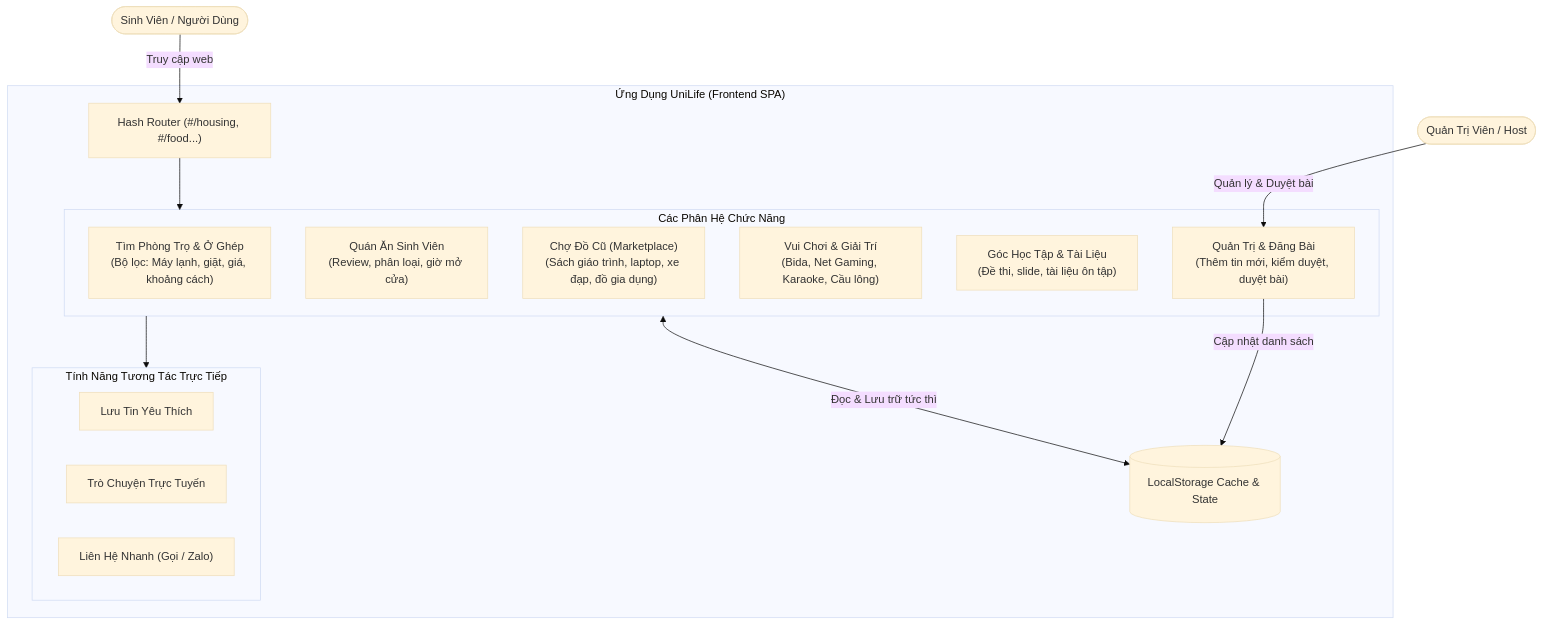
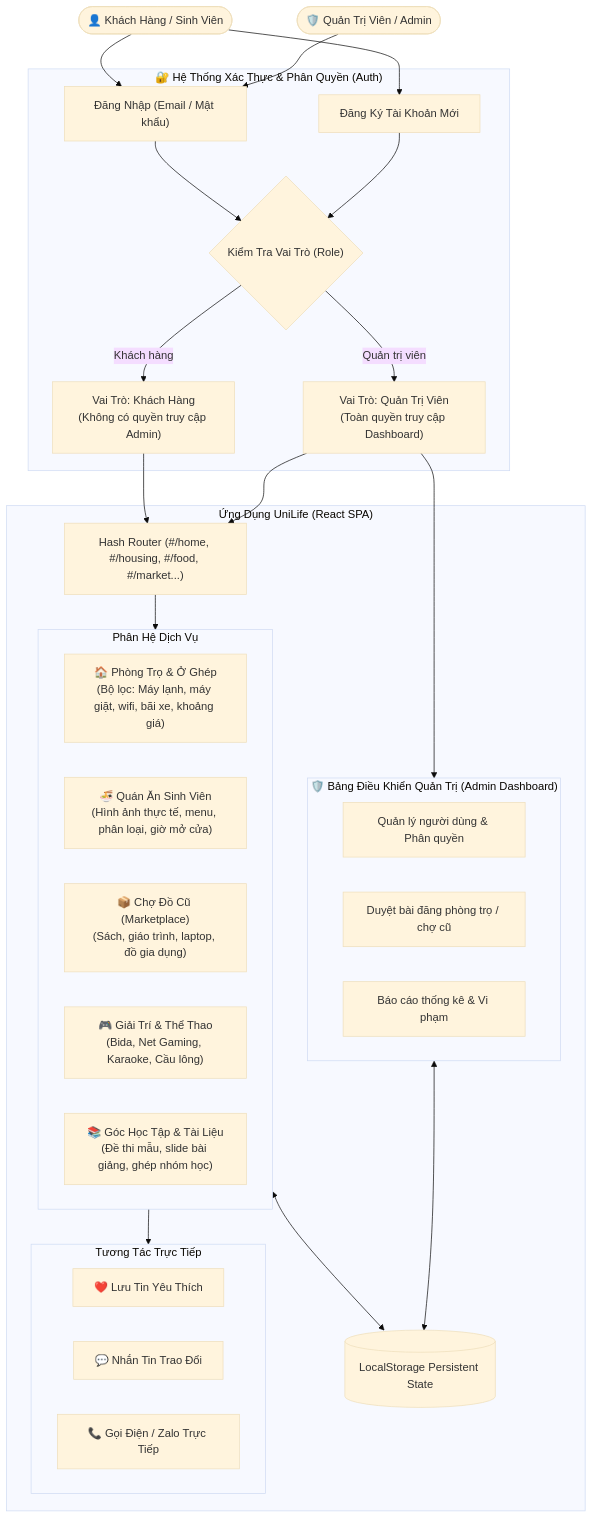
One commit to bin0106/PHANTRIDUC24CT1-CNPM changed the first of 2 diagrams in README.md. Above: the diagram before and after it, drawn with Mermaid (base theme). The commit also changed other lines of this file and 5 other files, not shown here.

Commit message:
feat: cap nhat he thong dang nhap/dang ky khach hang, hinh anh thuc te, xoa chu thich demo va tich hop gitdiagram

````diff
--- a/README.md
+++ b/README.md
@@ -11,36 +14,57 @@
 ```mermaid
 flowchart TD
-    %% Định nghĩa các node chính
-    User([ Sinh Viên / Người Dùng ])
-    Admin([ Quản Trị Viên / Host ])
+    %% Định nghĩa các tác nhân
+    ClientUser([ 👤 Khách Hàng / Sinh Viên ])
+    AdminUser([ 🛡️ Quản Trị Viên / Admin ])
 
-    subgraph ClientApp[" Ứng Dụng UniLife (Frontend SPA) "]
-        Router[" Hash Router (#/housing, #/food...) "]
-        Storage[(" LocalStorage Cache & State ")]
+    subgraph AuthSystem[" 🔐 Hệ Thống Xác Thực & Phân Quyền (Auth) "]
+        Login[" Đăng Nhập (Email / Mật khẩu) "]
+        Register[" Đăng Ký Tài Khoản Mới "]
+        RoleCheck{" Kiểm Tra Vai Trò (Role) "}
         
-        subgraph Modules[" Các Phân Hệ Chức Năng "]
-            M1[" Tìm Phòng Trọ & Ở Ghép\n(Bộ lọc: Máy lạnh, giặt, giá, khoảng cách)"]
-            M2[" Quán Ăn Sinh Viên\n(Review, phân loại, giờ mở cửa)"]
-            M3[" Chợ Đồ Cũ (Marketplace)\n(Sách giáo trình, laptop, xe đạp, đồ gia dụng)"]
-            M4[" Vui Chơi & Giải Trí\n(Bida, Net Gaming, Karaoke, Cầu lông)"]
-            M5[" Góc Học Tập & Tài Liệu\n(Đề thi, slide, tài liệu ôn tập)"]
-            M6[" Quản Trị & Đăng Bài\n(Thêm tin mới, kiểm duyệt, duyệt bài)"]
+        RoleCustomer[" Vai Trò: Khách Hàng\n(Không có quyền truy cập Admin) "]
+        RoleAdmin[" Vai Trò: Quản Trị Viên\n(Toàn quyền truy cập Dashboard) "]
+    end
+
+    subgraph ClientApp[" Ứng Dụng UniLife (React SPA) "]
+        Router[" Hash Router (#/home, #/housing, #/food, #/market...) "]
+        Storage[(" LocalStorage Persistent State ")]
+        
+        subgraph Modules[" Phân Hệ Dịch Vụ "]
+            M1[" 🏠 Phòng Trọ & Ở Ghép\n(Bộ lọc: Máy lạnh, máy giặt, wifi, bãi xe, khoảng giá) "]
+            M2[" 🍜 Quán Ăn Sinh Viên\n(Hình ảnh thực tế, menu, phân loại, giờ mở cửa) "]
+            M3[" 📦 Chợ Đồ Cũ (Marketplace)\n(Sách, giáo trình, laptop, đồ gia dụng) "]
+            M4[" 🎮 Giải Trí & Thể Thao\n(Bida, Net Gaming, Karaoke, Cầu lông) "]
+            M5[" 📚 Góc Học Tập & Tài Liệu\n(Đề thi mẫu, slide bài giảng, ghép nhóm học) "]
         end
 
-        subgraph Interactivity[" Tính Năng Tương Tác Trực Tiếp "]
-            Fav[" Lưu Tin Yêu Thích "]
-            Chat[" Trò Chuyện Trực Tuyến "]
-            Call[" Liên Hệ Nhanh (Gọi / Zalo) "]
+        subgraph AdminModule[" 🛡️ Bảng Điều Khiển Quản Trị (Admin Dashboard) "]
+            AD1[" Quản lý người dùng & Phân quyền "]
+            AD2[" Duyệt bài đăng phòng trọ / chợ cũ "]
+            AD3[" Báo cáo thống kê & Vi phạm "]
+        end
+
+        subgraph Interactivity[" Tương Tác Trực Tiếp "]
+            Fav[" ❤️ Lưu Tin Yêu Thích "]
+            Chat[" 💬 Nhắn Tin Trao Đổi "]
+            Call[" 📞 Gọi Điện / Zalo Trực Tiếp "]
         end
     end
 
-    %% Luồng kết nối
-    User -->|Truy cập web| Router
+    %% Luồng đăng nhập & phân quyền
+    ClientUser --> Login & Register
+    AdminUser --> Login
+    Login & Register --> RoleCheck
+    RoleCheck -->|Khách hàng| RoleCustomer
+    RoleCheck -->|Quản trị viên| RoleAdmin
+
+    %% Quyền truy cập
+    RoleCustomer --> Router
     Router --> Modules
-    
-    Modules <-->|Đọc & Lưu trữ tức thì| Storage
+    Modules <--> Storage
     Modules --> Interactivity
-    
-    Admin -->|Quản lý & Duyệt bài| M6
-    M6 -->|Cập nhật danh sách| Storage
+
+    RoleAdmin --> Router
+    RoleAdmin --> AdminModule
+    AdminModule <--> Storage
 ```
````
